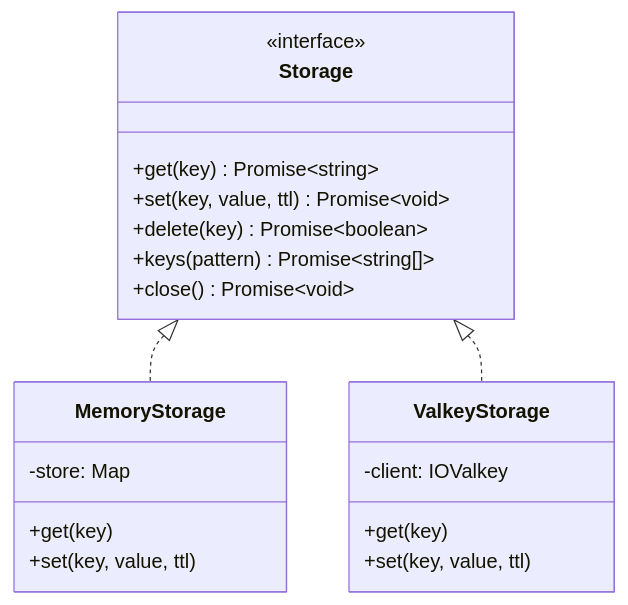
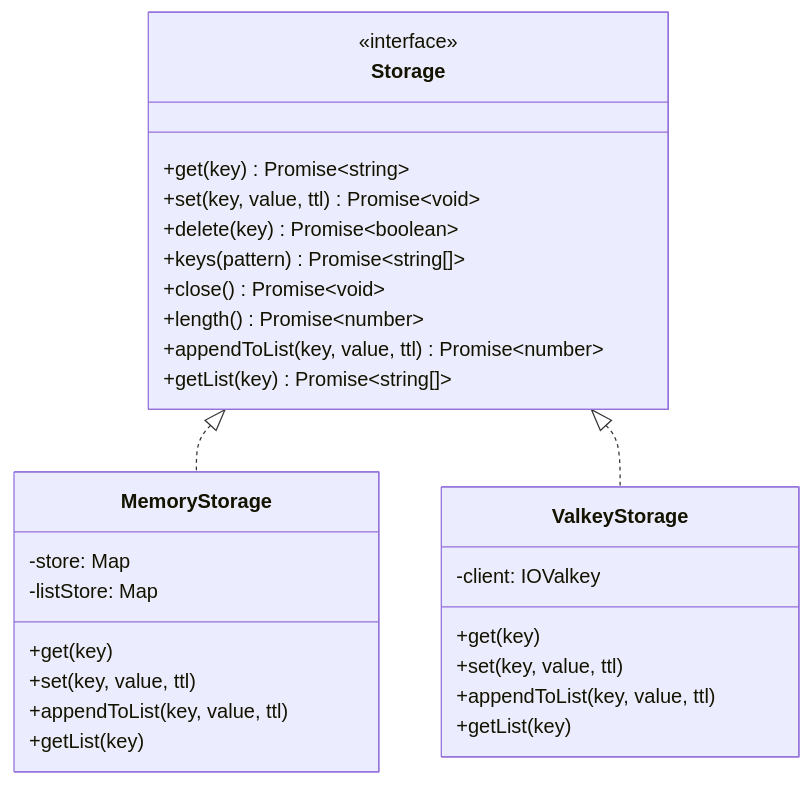
The fourth of 6 diagrams in docs/ARCHITECTURE.md (chrisleekr/mcp-server-playground), drawn with Mermaid before and after one commit. The commit also changed other lines of this file and 15 other files, not shown here.

````diff
--- a/docs/ARCHITECTURE.md
+++ b/docs/ARCHITECTURE.md
@@ -147,26 +148,34 @@
 ```mermaid
 classDiagram
     class Storage {
         <<interface>>
         +get(key) Promise~string~
         +set(key, value, ttl) Promise~void~
         +delete(key) Promise~boolean~
         +keys(pattern) Promise~string[]~
         +close() Promise~void~
+        +length() Promise~number~
+        +appendToList(key, value, ttl) Promise~number~
+        +getList(key) Promise~string[]~
     }
 
     class MemoryStorage {
         -store: Map
+        -listStore: Map
         +get(key)
         +set(key, value, ttl)
+        +appendToList(key, value, ttl)
+        +getList(key)
     }
 
     class ValkeyStorage {
         -client: IOValkey
         +get(key)
         +set(key, value, ttl)
+        +appendToList(key, value, ttl)
+        +getList(key)
     }
 
     Storage <|.. MemoryStorage
     Storage <|.. ValkeyStorage
 ```
````
